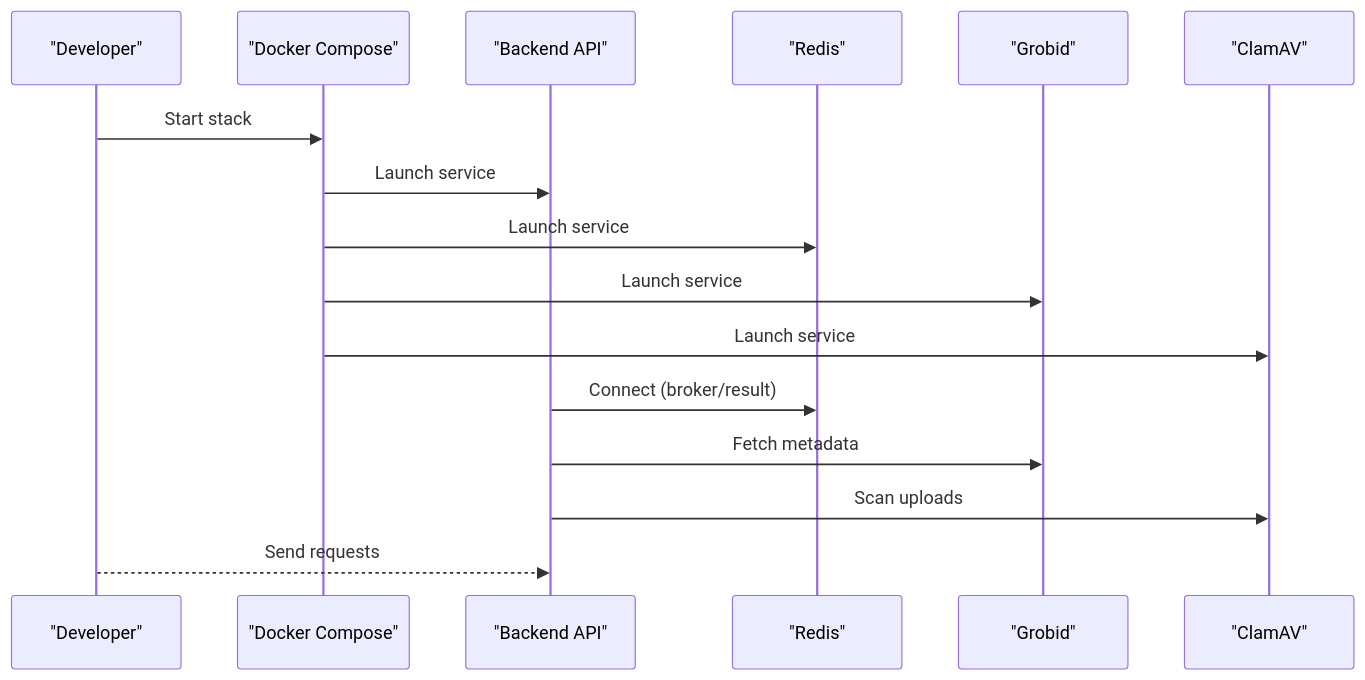
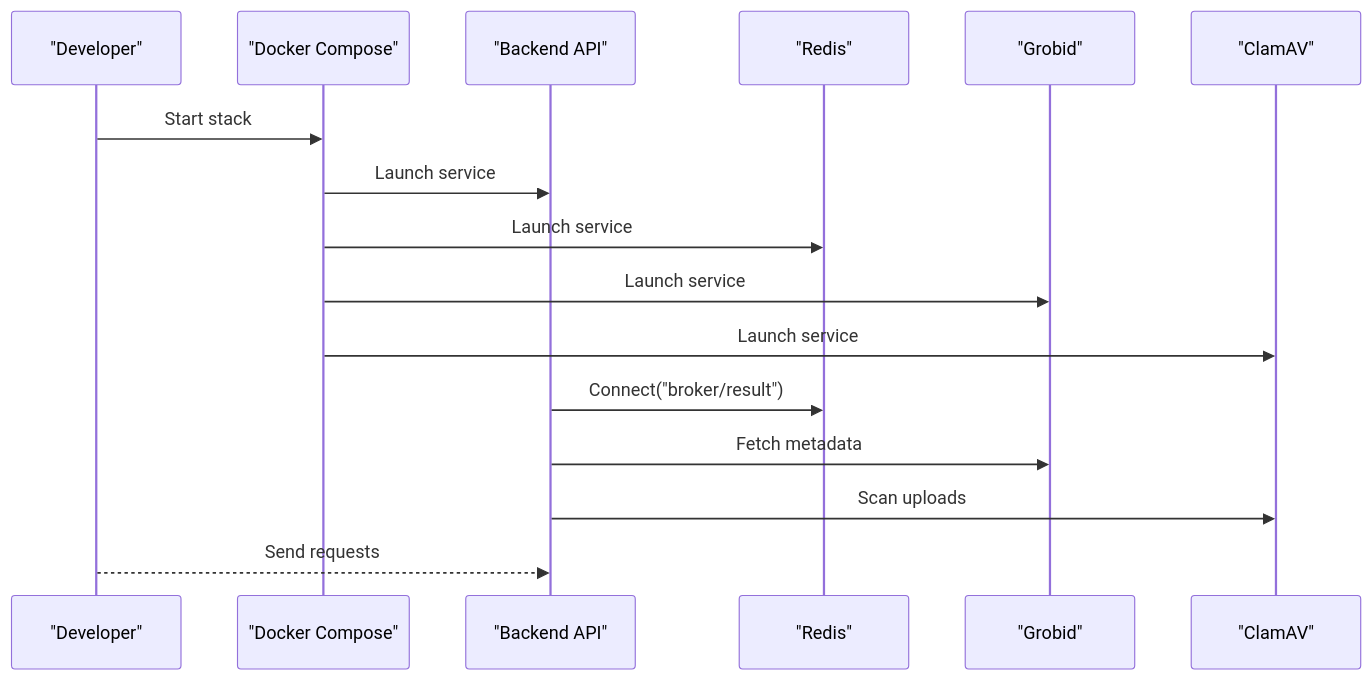
The second of 4 diagrams in docs/docs/knowledge/Deployment & Operations/Infrastructure Setup.md (rohitkumarnaidu/ScholarFormAI), drawn with Mermaid before and after one commit. The commit also changed 73 other files, not shown here.

First line of the commit message:
docs: enterprise-level markdown upgrade with Mermaid diagrams

````diff
--- a/docs/docs/knowledge/Deployment & Operations/Infrastructure Setup.md
+++ b/docs/docs/knowledge/Deployment & Operations/Infrastructure Setup.md
@@ -125,18 +125,18 @@
 ```mermaid
 sequenceDiagram
 participant Dev as "Developer"
 participant DC as "Docker Compose"
 participant API as "Backend API"
 participant Redis as "Redis"
 participant Grobid as "Grobid"
 participant Clam as "ClamAV"
 Dev->>DC : Start stack
 DC->>API : Launch service
 DC->>Redis : Launch service
 DC->>Grobid : Launch service
 DC->>Clam : Launch service
-API->>Redis : Connect (broker/result)
+API->>Redis : Connect("broker/result")
 API->>Grobid : Fetch metadata
 API->>Clam : Scan uploads
 Dev-->>API : Send requests
 ```
````
